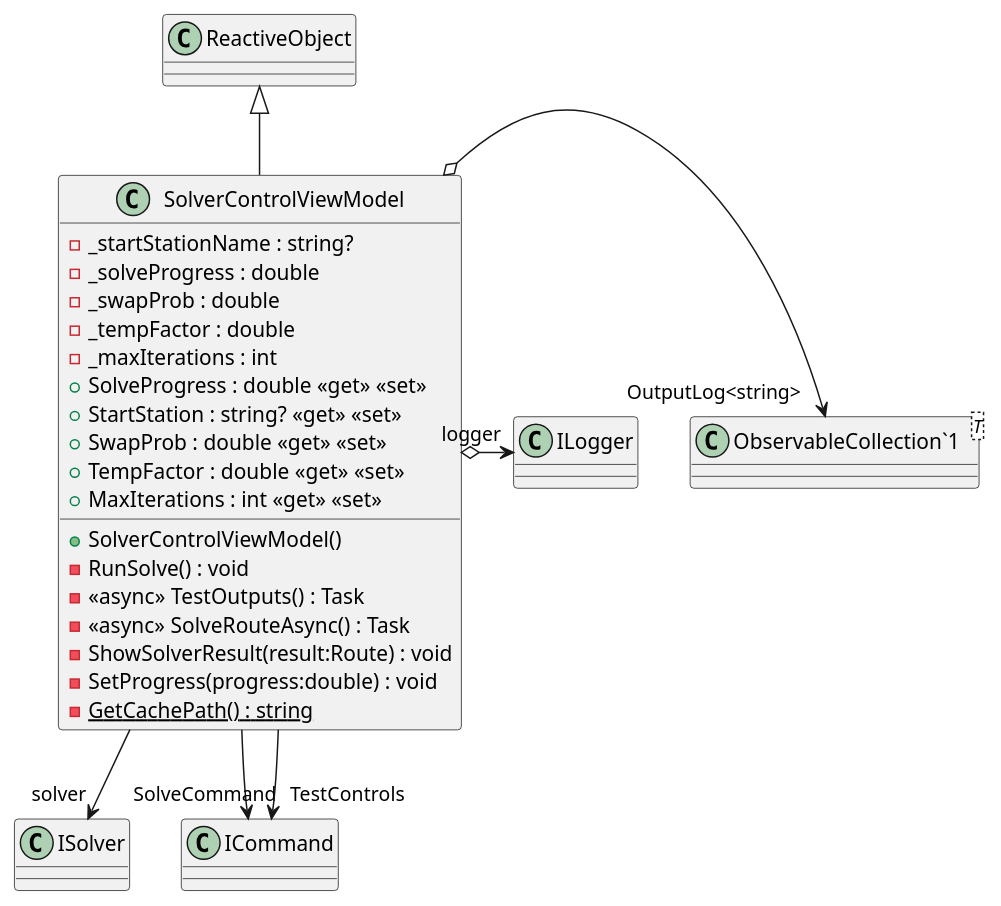
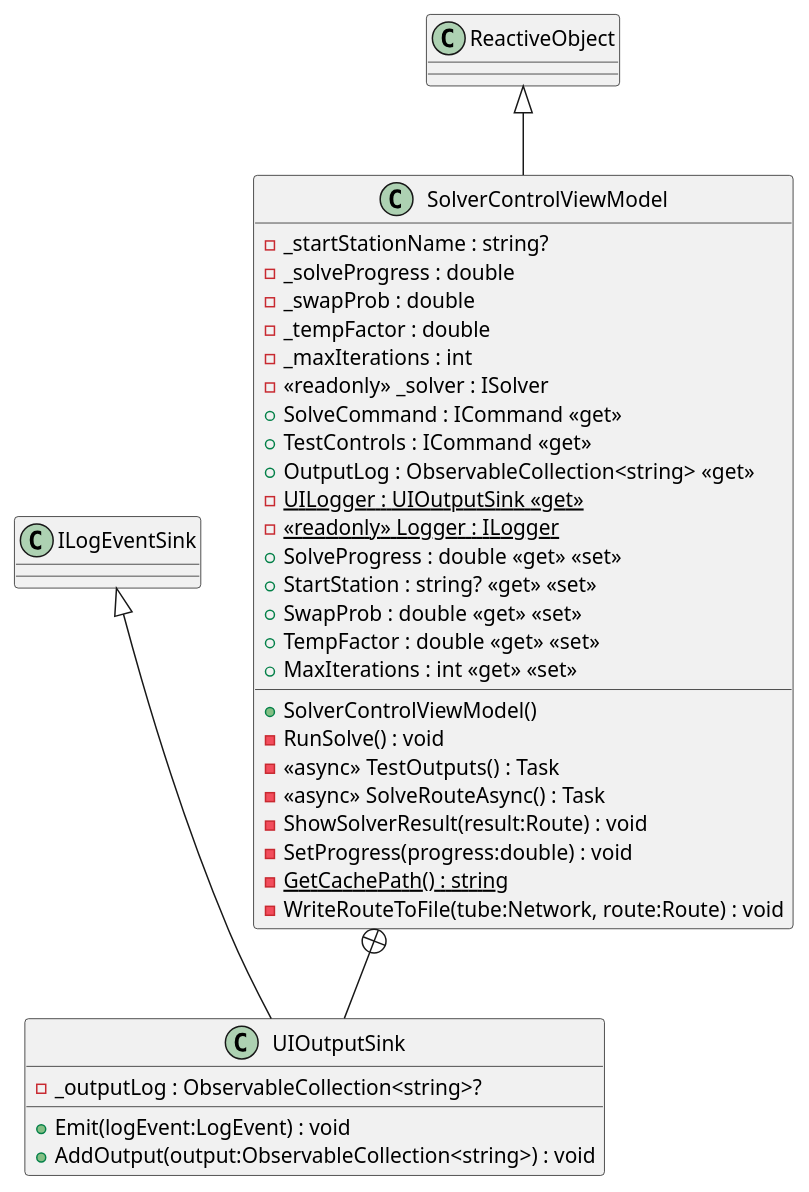
The diagram in TubeChallengeRouter/puml/MapSolverGUI/ViewModels/SolverControlViewModel.puml (Liftyee/london-tube-navigator), drawn with PlantUML before and after one commit. The commit also changed 26 other files, not shown here.

```diff
--- a/TubeChallengeRouter/puml/MapSolverGUI/ViewModels/SolverControlViewModel.puml
+++ b/TubeChallengeRouter/puml/MapSolverGUI/ViewModels/SolverControlViewModel.puml
@@ -1,29 +1,36 @@
 @startuml
 class SolverControlViewModel {
     - _startStationName : string?
     - _solveProgress : double
     - _swapProb : double
     - _tempFactor : double
     - _maxIterations : int
+    - <<readonly>> _solver : ISolver
+    + SolveCommand : ICommand <<get>>
+    + TestControls : ICommand <<get>>
+    + OutputLog : ObservableCollection<string> <<get>>
+    - {static} UILogger : UIOutputSink <<get>>
+    - {static} <<readonly>> Logger : ILogger
     + SolveProgress : double <<get>> <<set>>
     + StartStation : string? <<get>> <<set>>
     + SwapProb : double <<get>> <<set>>
     + TempFactor : double <<get>> <<set>>
     + MaxIterations : int <<get>> <<set>>
     + SolverControlViewModel()
     - RunSolve() : void
     - <<async>> TestOutputs() : Task
     - <<async>> SolveRouteAsync() : Task
     - ShowSolverResult(result:Route) : void
     - SetProgress(progress:double) : void
     - {static} GetCachePath() : string
+    - WriteRouteToFile(tube:Network, route:Route) : void
 }
-class "ObservableCollection`1"<T> {
+class UIOutputSink {
+    - _outputLog : ObservableCollection<string>?
+    + Emit(logEvent:LogEvent) : void
+    + AddOutput(output:ObservableCollection<string>) : void
 }
 ReactiveObject <|-- SolverControlViewModel
-SolverControlViewModel --> "solver" ISolver
-SolverControlViewModel --> "SolveCommand" ICommand
-SolverControlViewModel --> "TestControls" ICommand
-SolverControlViewModel o-> "OutputLog<string>" "ObservableCollection`1"
-SolverControlViewModel o-> "logger" ILogger
+SolverControlViewModel +-- UIOutputSink
+ILogEventSink <|-- UIOutputSink
 @enduml
```
